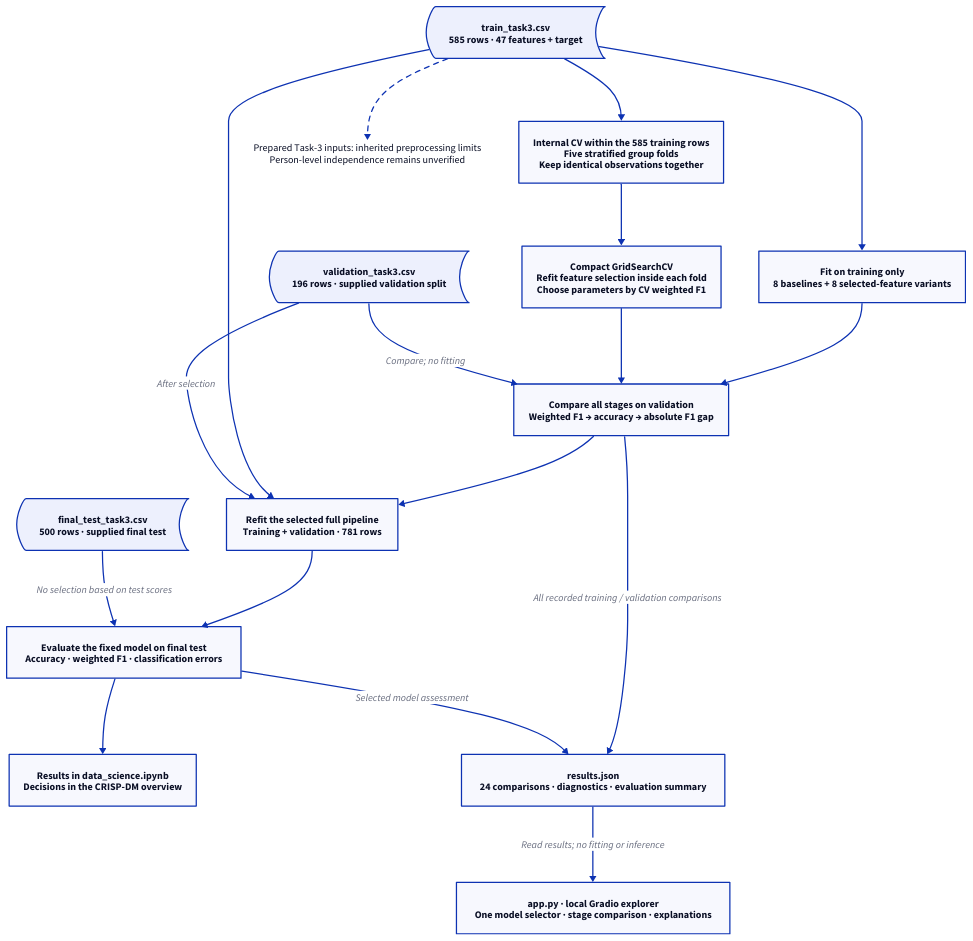
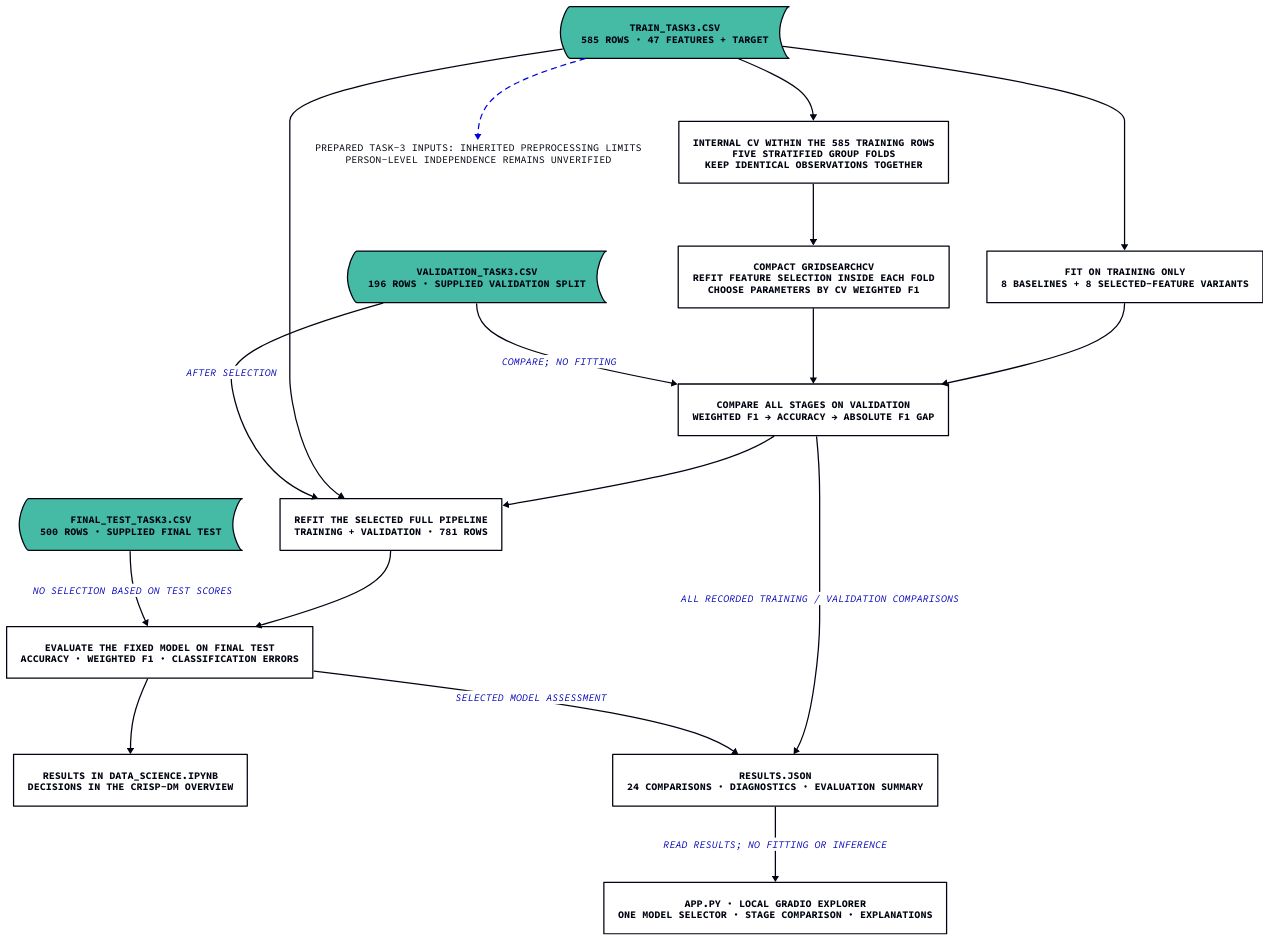
The diagram in docs/architecture.d2 (crnly/data-science-module-s4), drawn with D2 before and after one commit. The commit also changed 3 other files, not shown here.

Commit message:
Use Terminal theme for D2 process and architecture diagrams

```diff
--- a/docs/architecture.d2
+++ b/docs/architecture.d2
@@ -1,30 +1,30 @@
-vars: {d2-config: {layout-engine: dagre; theme-id: 0}}
+vars: {d2-config: {layout-engine: dagre; theme-id: 300}}
 direction: down
 train: "train_task3.csv\n585 rows · 47 features + target" {shape: stored_data}
 validation: "validation_task3.csv\n196 rows · supplied validation split" {shape: stored_data}
 test: "final_test_task3.csv\n500 rows · supplied final test" {shape: stored_data}
 experiments: "Fit on training only\n8 baselines + 8 selected-feature variants"
 folds: "Internal CV within the 585 training rows\nFive stratified group folds\nKeep identical observations together"
 tuning: "Compact GridSearchCV\nRefit feature selection inside each fold\nChoose parameters by CV weighted F1"
 choose: "Compare all stages on validation\nWeighted F1 → accuracy → absolute F1 gap"
 refit: "Refit the selected full pipeline\nTraining + validation · 781 rows"
 evaluation: "Evaluate the fixed model on final test\nAccuracy · weighted F1 · classification errors"
 results: "Results in data_science.ipynb\nDecisions in the CRISP-DM overview"
 artifact: "results.json\n24 comparisons · diagnostics · evaluation summary"
 app: "app.py · local Gradio explorer\nOne model selector · stage comparison · explanations"
 train -> experiments
 train -> folds -> tuning
 experiments -> choose
 tuning -> choose
 validation -> choose: "Compare; no fitting"
 choose -> refit
 train -> refit
 validation -> refit: "After selection"
 refit -> evaluation
 test -> evaluation: "No selection based on test scores"
 evaluation -> results
 choose -> artifact: "All recorded training / validation comparisons"
 evaluation -> artifact: "Selected model assessment"
 artifact -> app: "Read results; no fitting or inference"
 note: "Prepared Task-3 inputs: inherited preprocessing limits\nPerson-level independence remains unverified" {shape: text}
 train -> note {style.stroke-dash: 4}
```
